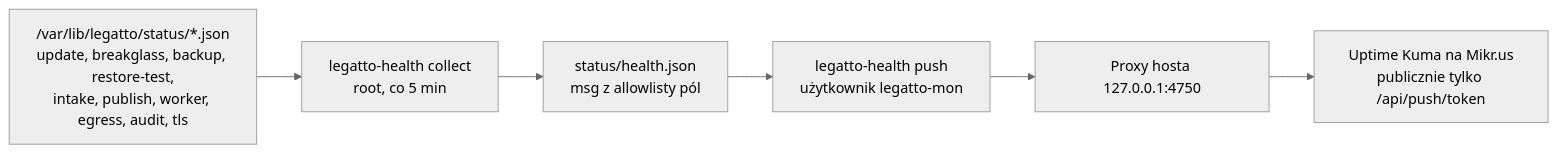
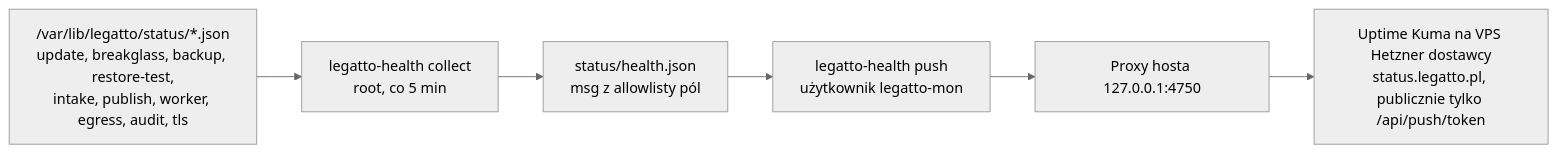
One commit to JakubLog/legatto-node changed the fifth of 9 diagrams in docs/ARCHITECTURE.md. Above: the diagram before and after it, drawn with Mermaid (neutral theme). The commit also changed other lines of this file and 82 other files, not shown here.

````diff
--- a/docs/ARCHITECTURE.md
+++ b/docs/ARCHITECTURE.md
@@ -232,11 +231,11 @@
 ```mermaid
 flowchart LR
   status["/var/lib/legatto/status/*.json<br/>update, breakglass, backup, restore-test,<br/>intake, publish, worker, egress, audit, tls"]
   collect["legatto-health collect<br/>root, co 5 min"]
   hjson["status/health.json<br/>msg z allowlisty pól"]
   push["legatto-health push<br/>użytkownik legatto-mon"]
   proxy["Proxy hosta 127.0.0.1:4750"]
-  kuma["Uptime Kuma na Mikr.us<br/>publicznie tylko /api/push/token"]
+  kuma["Uptime Kuma na VPS Hetzner dostawcy<br/>status.legatto.pl, publicznie tylko /api/push/token"]
 
   status --> collect --> hjson --> push --> proxy --> kuma
 ```
````
